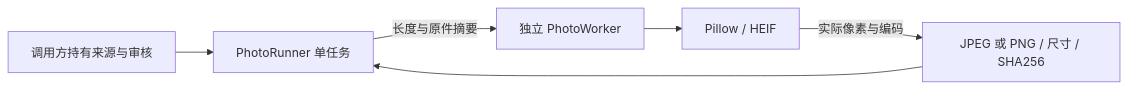
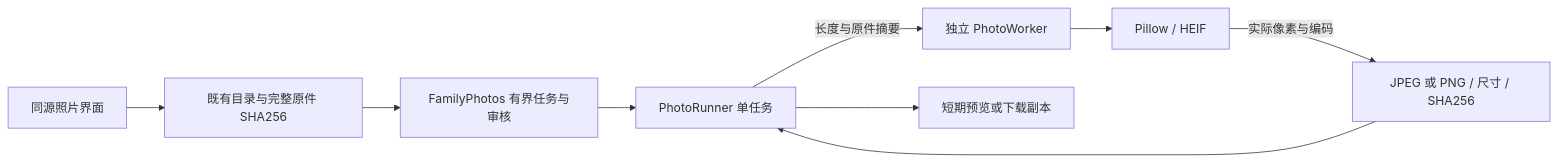
Before and after one commit to Geeprox/Friday: the diagram in docs/PHOTO-EDITING.md, drawn with Mermaid. The commit also changed other lines of this file and 13 other files, not shown here.

````diff
--- a/docs/PHOTO-EDITING.md
+++ b/docs/PHOTO-EDITING.md
@@ -10,8 +11,10 @@
 ```mermaid
 flowchart LR
-    Caller[调用方持有来源与审核] --> Runner[PhotoRunner 单任务]
+    Caller[同源照片界面] --> Catalog[既有目录与完整原件 SHA256]
+    Catalog --> Photos[FamilyPhotos 有界任务与审核]
+    Photos --> Runner[PhotoRunner 单任务]
     Runner -->|长度与原件摘要| Worker[独立 PhotoWorker]
     Worker --> Codec[Pillow / HEIF]
     Codec -->|实际像素与编码| Result[JPEG 或 PNG / 尺寸 / SHA256]
-    Result --> Runner
+    Result --> Runner --> Lease[短期预览或下载副本]
 ```
````
